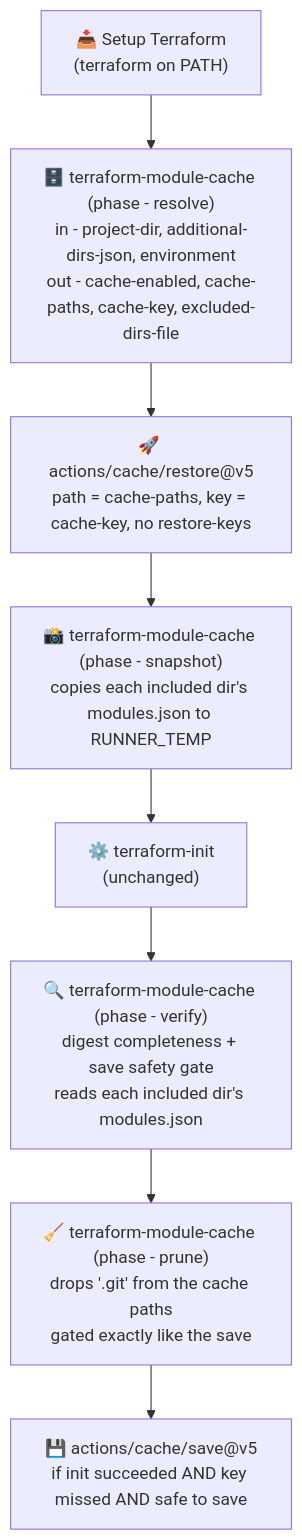
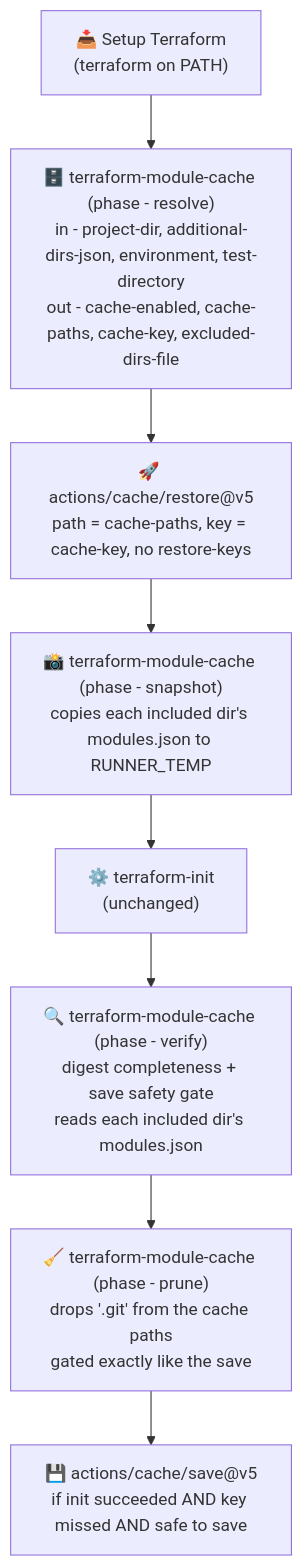
One commit to dsb-norge/github-actions-terraform changed the diagram in docs/Terraform-module-cache.md. Above: the diagram before and after it, drawn with Mermaid. The commit also changed other lines of this file and 5 other files, not shown here.

````diff
--- a/docs/Terraform-module-cache.md
+++ b/docs/Terraform-module-cache.md
@@ -212,13 +212,13 @@
 ```mermaid
 flowchart TD
     setup["📥 Setup Terraform<br>(terraform on PATH)"]
-    resolve["🗄️ terraform-module-cache (phase - resolve)<br>in - project-dir, additional-dirs-json, environment<br>out - cache-enabled, cache-paths, cache-key, excluded-dirs-file"]
+    resolve["🗄️ terraform-module-cache (phase - resolve)<br>in - project-dir, additional-dirs-json, environment, test-directory<br>out - cache-enabled, cache-paths, cache-key, excluded-dirs-file"]
     restore["🚀 actions/cache/restore@v5<br>path = cache-paths, key = cache-key, no restore-keys"]
     snap["📸 terraform-module-cache (phase - snapshot)<br>copies each included dir's modules.json to RUNNER_TEMP"]
     init["⚙️ terraform-init<br>(unchanged)"]
     verify["🔍 terraform-module-cache (phase - verify)<br>digest completeness + save safety gate<br>reads each included dir's modules.json"]
     prune["🧹 terraform-module-cache (phase - prune)<br>drops '.git' from the cache paths<br>gated exactly like the save"]
     save["💾 actions/cache/save@v5<br>if init succeeded AND key missed AND safe to save"]
 
     setup --> resolve --> restore --> snap --> init --> verify --> prune --> save
 ```
````
